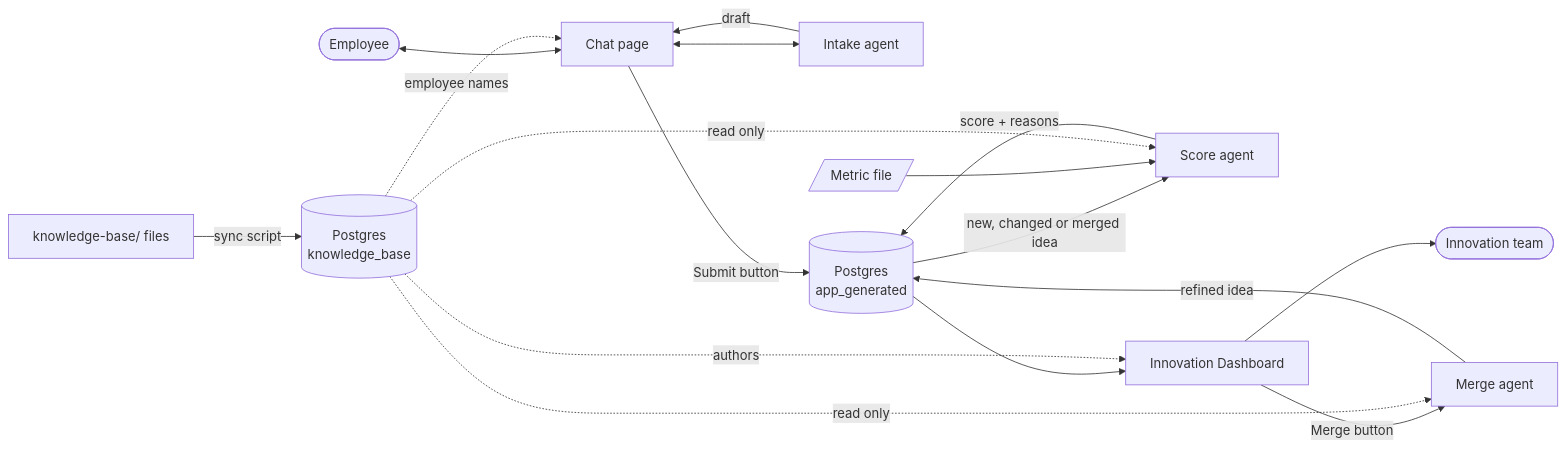
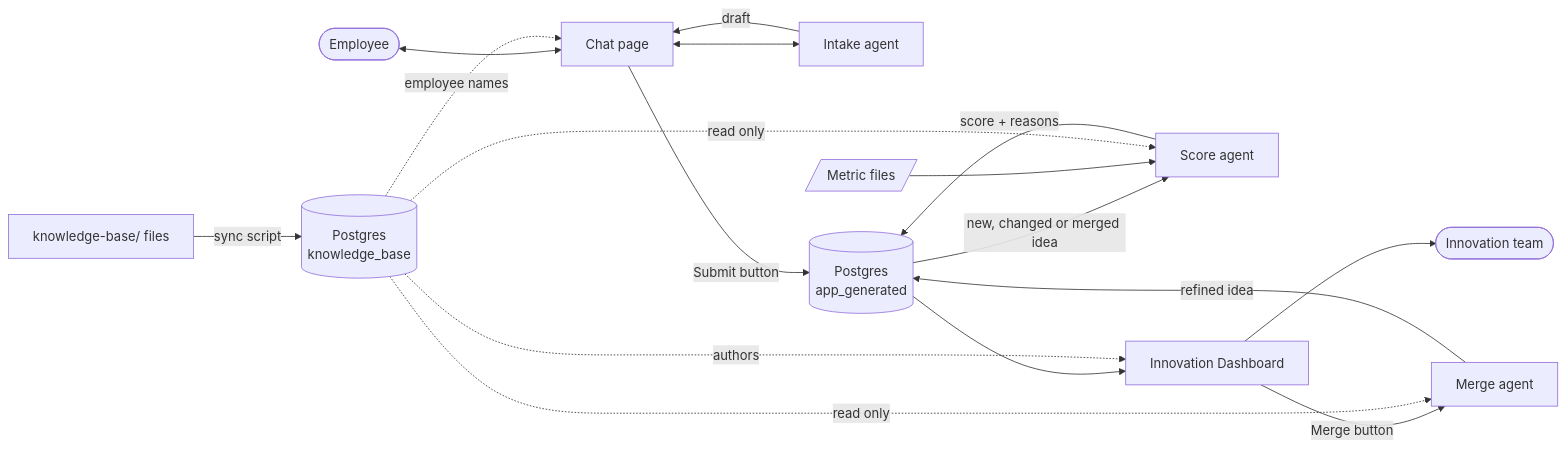
One commit to svaichu/agent-innovation changed the diagram in README.md. Above: the diagram before and after it, drawn with Mermaid. The commit also changed other lines of this file and 13 other files, not shown here.

````diff
--- a/README.md
+++ b/README.md
@@ -90,20 +98,20 @@
 ```mermaid
 flowchart LR
     E([Employee]) <--> C[Chat page]
     C <--> I[Intake agent]
     I -->|draft| C
     C -->|Submit button| DB[(Postgres<br/>app_generated)]
     DB -->|new, changed or merged idea| S[Score agent]
-    M[/Metric file/] --> S
+    M[/Metric files/] --> S
     S -->|score + reasons| DB
     DB --> D[Innovation Dashboard]
     D -->|Merge button| R[Merge agent]
     R -->|refined idea| DB
     D --> T([Innovation team])
 
     F[knowledge-base/ files] -->|sync script| KB[(Postgres<br/>knowledge_base)]
     KB -.->|employee names| C
     KB -.->|authors| D
     KB -.->|read only| S
     KB -.->|read only| R
 ```
````
